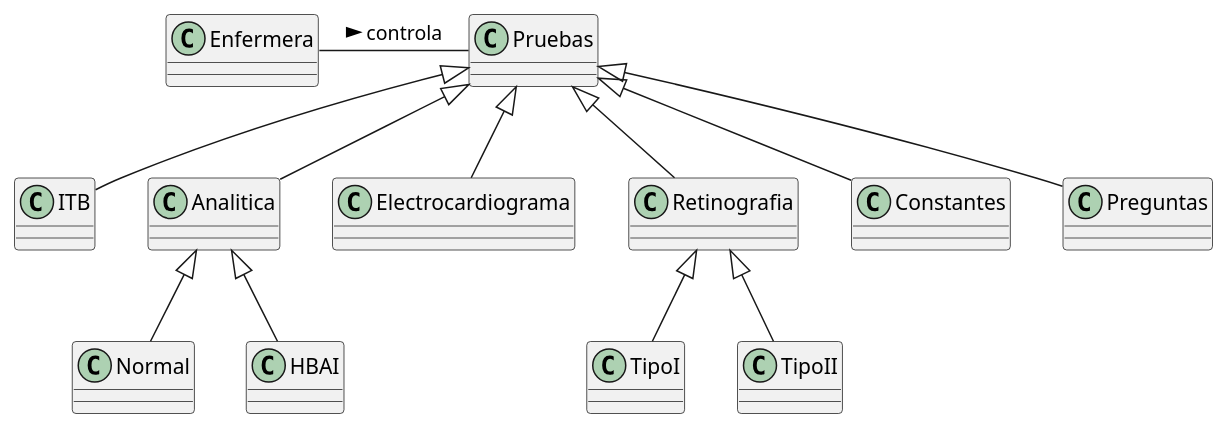
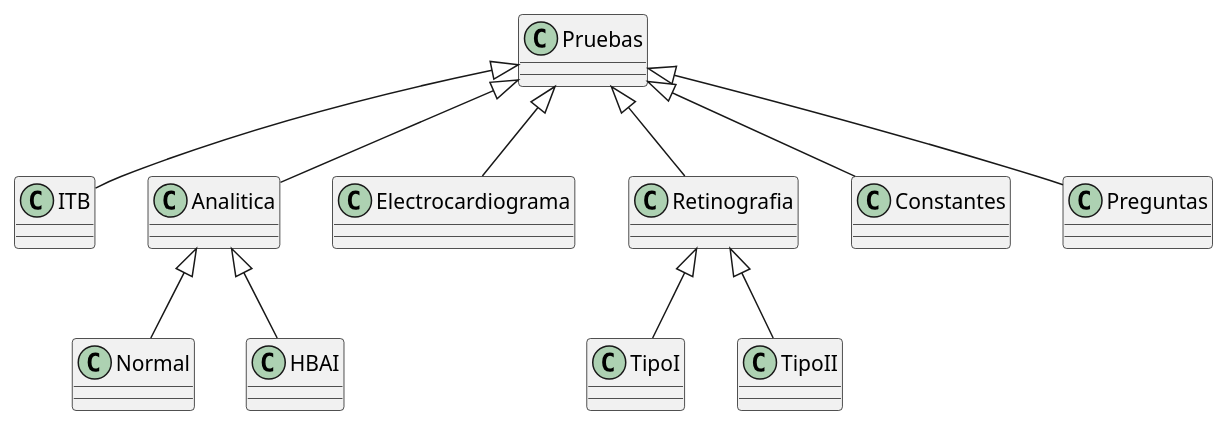
One commit to mariaarroniz/pySDyPP changed the diagram in documentos/01-modeloDeDominio/diagramaDeClases/diagramaDeClases.puml. Above: the diagram before and after it, drawn with PlantUML. The commit also changed 1 other file, not shown here.

Commit message:
docs: added diagram class + attributes

```diff
--- a/documentos/01-modeloDeDominio/diagramaDeClases/diagramaDeClases.puml
+++ b/documentos/01-modeloDeDominio/diagramaDeClases/diagramaDeClases.puml
@@ -1,30 +1,27 @@
 @startuml
 
-class Enfermera {}
 class Pruebas{}
 class ITB{}
 class Analitica{}
 class Normal{}
 class HBAI{}
 class Electrocardiograma{}
 class Retinografia{}
 class TipoI{}
 class TipoII{}
 class Constantes{}
 class Preguntas{}
 
 
-Enfermera -r- Pruebas: controla >
 Pruebas <|--  ITB
 Pruebas <|-- Analitica
 Pruebas <|-- Electrocardiograma
 Pruebas <|-- Retinografia
 Pruebas <|-- Constantes
 Pruebas <|-- Preguntas
 Analitica <|-- Normal
 Analitica <|-- HBAI
 Retinografia <|-- TipoI
 Retinografia <|-- TipoII
 
-
 @enduml
```
